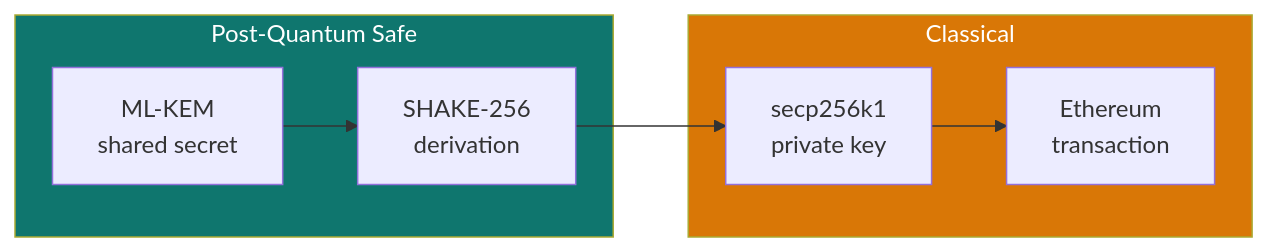
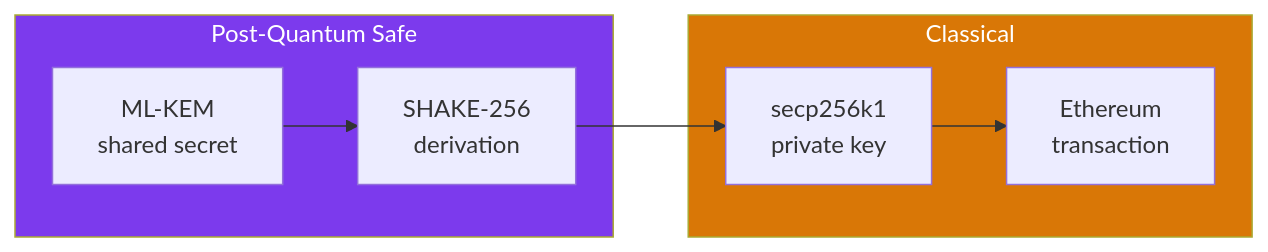
One commit to specter-privacy/docs changed the first of 2 diagrams in docs/how-it-works/security-boundaries.mdx. Above: the diagram before and after it, drawn with Mermaid. The commit also changed other lines of this file and 81 other files, not shown here.

````diff
--- a/docs/how-it-works/security-boundaries.mdx
+++ b/docs/how-it-works/security-boundaries.mdx
@@ -40,13 +40,13 @@
 ```mermaid
 flowchart LR
     subgraph PQ["Post-Quantum Safe"]
         A["ML-KEM\nshared secret"] --> B["SHAKE-256\nderivation"]
     end
     subgraph Classical["Classical"]
         B --> C["secp256k1\nprivate key"]
         C --> D["Ethereum\ntransaction"]
     end
 
-    style PQ fill:#0F766E,color:#fff
+    style PQ fill:#7c3aed,color:#fff
     style Classical fill:#d97706,color:#fff
 ```
````
